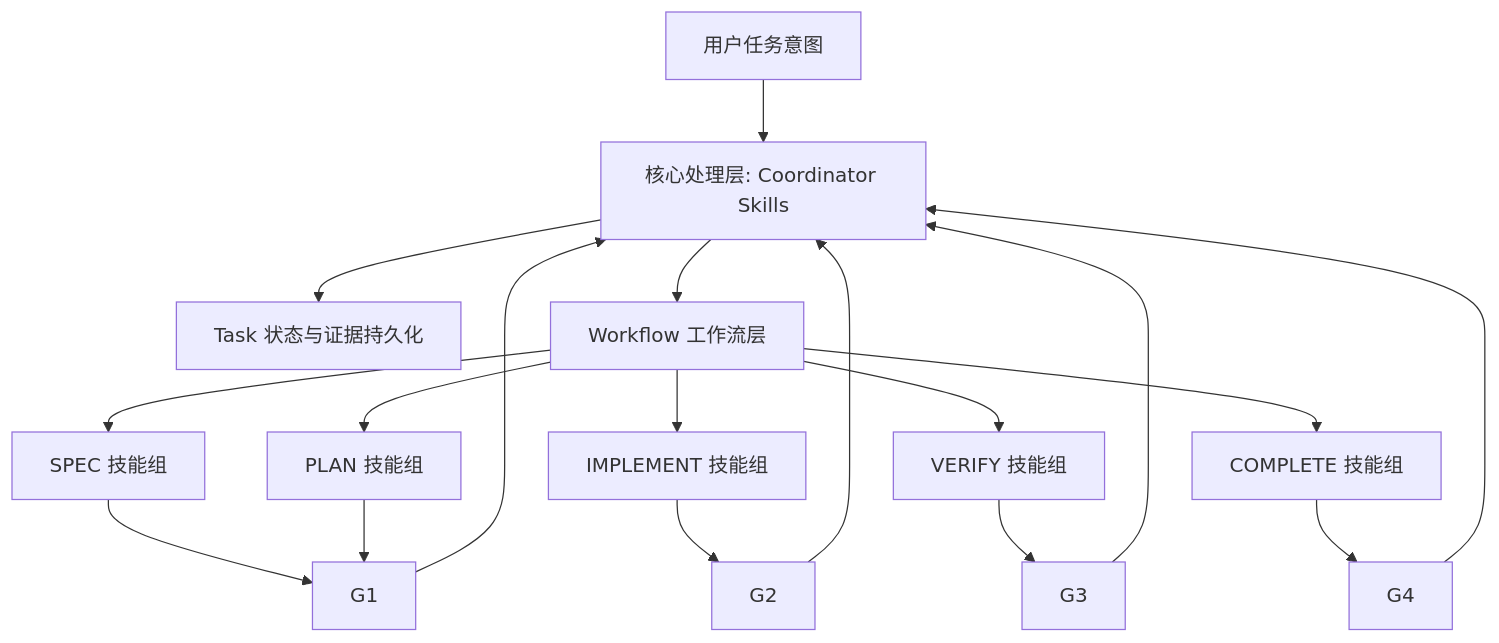
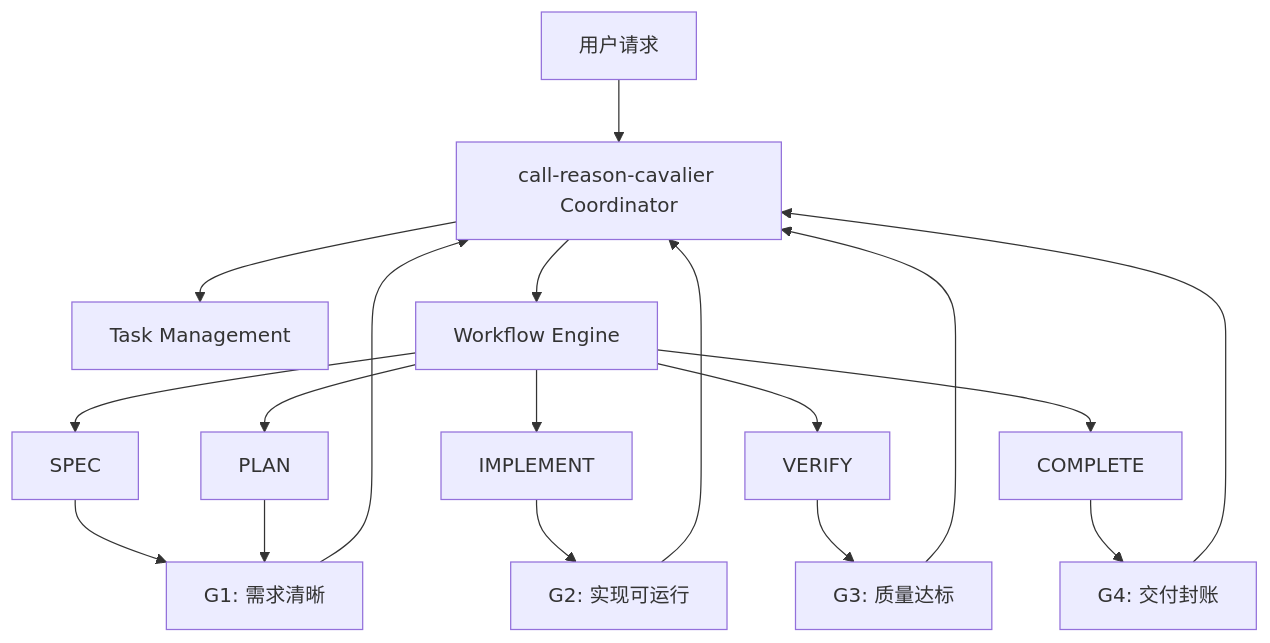
The diagram in docs/skills/index.md (liushoukun/reason-cavalier), drawn with Mermaid before and after one commit. The commit also changed other lines of this file and 2 other files, not shown here.

````diff
--- a/docs/skills/index.md
+++ b/docs/skills/index.md
@@ -43,23 +30,23 @@
 ```mermaid
 flowchart TD
-  U[用户任务意图] --> C[核心处理层: Coordinator Skills]
-  C --> T[Task 状态与证据持久化]
-  C --> W[Workflow 工作流层]
+  U[用户请求] --> C[call-reason-cavalier Coordinator]
+  C --> TM[Task Management]
+  C --> WF[Workflow Engine]
 
-  W --> S[SPEC 技能组]
-  W --> P[PLAN 技能组]
-  W --> I[IMPLEMENT 技能组]
-  W --> V[VERIFY 技能组]
-  W --> D[COMPLETE 技能组]
+  WF --> SPEC[SPEC]
+  WF --> PLAN[PLAN]
+  WF --> IMPLEMENT[IMPLEMENT]
+  WF --> VERIFY[VERIFY]
+  WF --> COMPLETE[COMPLETE]
 
-  S --> G1[G1]
-  P --> G1
-  I --> G2[G2]
-  V --> G3[G3]
-  D --> G4[G4]
+  SPEC --> G1[G1: 需求清晰]
+  PLAN --> G1
+  IMPLEMENT --> G2[G2: 实现可运行]
+  VERIFY --> G3[G3: 质量达标]
+  COMPLETE --> G4[G4: 交付封账]
 
   G1 --> C
   G2 --> C
   G3 --> C
   G4 --> C
 ```
````
